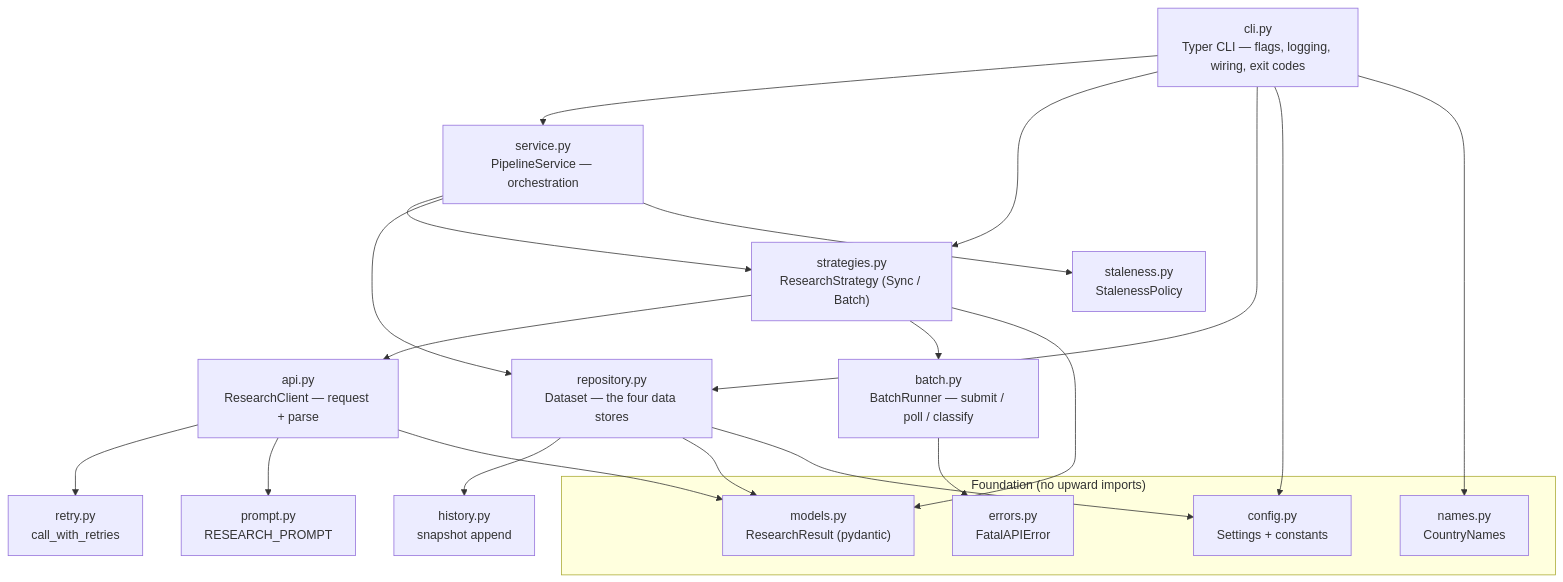
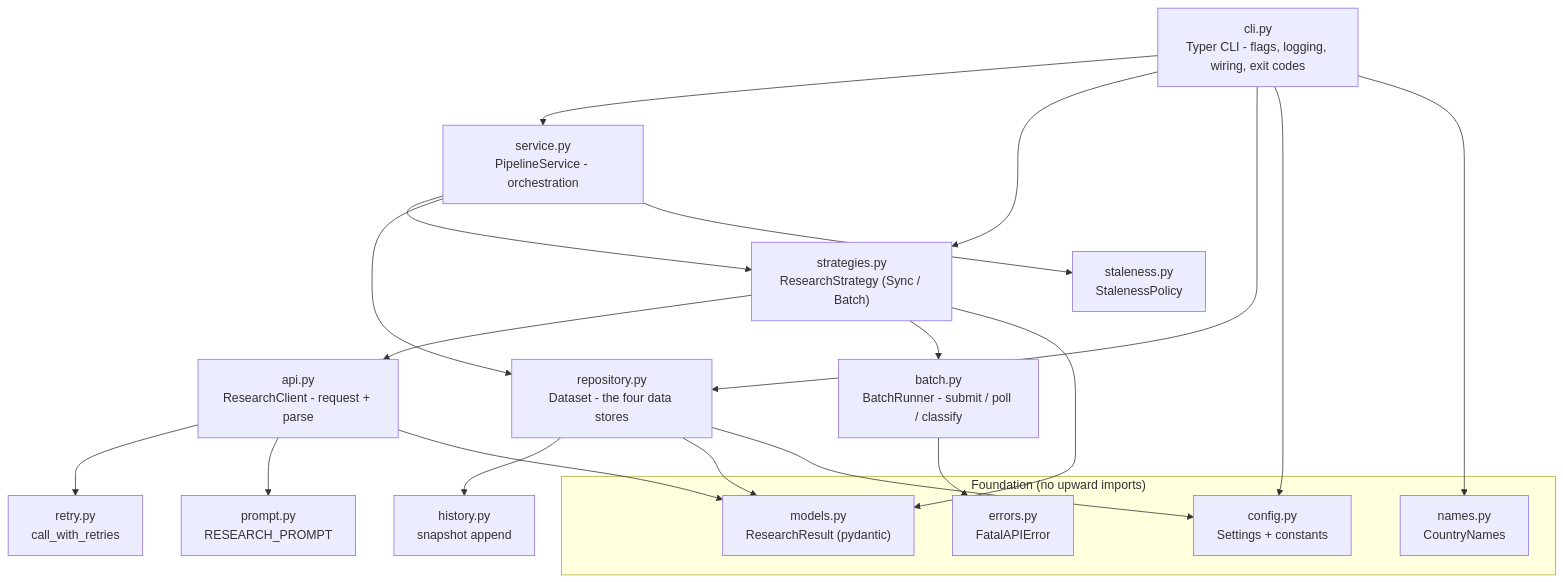
One commit to riadeane/airegulationmap changed the first of 8 diagrams in scripts/regulation_pipeline/README.md. Above: the diagram before and after it, drawn with Mermaid. The commit also changed other lines of this file and 113 other files, not shown here.

````diff
--- a/scripts/regulation_pipeline/README.md
+++ b/scripts/regulation_pipeline/README.md
@@ -26,36 +26,36 @@
 ```mermaid
 flowchart TD
-    CLI["cli.py<br/>Typer CLI — flags, logging, wiring, exit codes"]
+    CLI["cli.py<br/>Typer CLI - flags, logging, wiring, exit codes"]
 
-    CLI --> SVC["service.py<br/>PipelineService — orchestration"]
+    CLI --> SVC["service.py<br/>PipelineService - orchestration"]
     CLI --> STRAT
     CLI --> REPO
 
     SVC --> STRAT["strategies.py<br/>ResearchStrategy (Sync / Batch)"]
-    SVC --> REPO["repository.py<br/>Dataset — the four data stores"]
+    SVC --> REPO["repository.py<br/>Dataset - the four data stores"]
     SVC --> STALE["staleness.py<br/>StalenessPolicy"]
 
-    STRAT --> API["api.py<br/>ResearchClient — request + parse"]
-    STRAT --> BATCH["batch.py<br/>BatchRunner — submit / poll / classify"]
+    STRAT --> API["api.py<br/>ResearchClient - request + parse"]
+    STRAT --> BATCH["batch.py<br/>BatchRunner - submit / poll / classify"]
 
     API --> RETRY["retry.py<br/>call_with_retries"]
     API --> PROMPT["prompt.py<br/>RESEARCH_PROMPT"]
 
     REPO --> HIST["history.py<br/>snapshot append"]
 
     STRAT --> MODELS
     API --> MODELS
     REPO --> MODELS
     BATCH --> ERR
 
     subgraph foundation["Foundation (no upward imports)"]
         MODELS["models.py<br/>ResearchResult (pydantic)"]
         CFG["config.py<br/>Settings + constants"]
         ERR["errors.py<br/>FatalAPIError"]
         NAMES["names.py<br/>CountryNames"]
     end
 
     CLI --> CFG
     CLI --> NAMES
     REPO --> CFG
 ```
````
